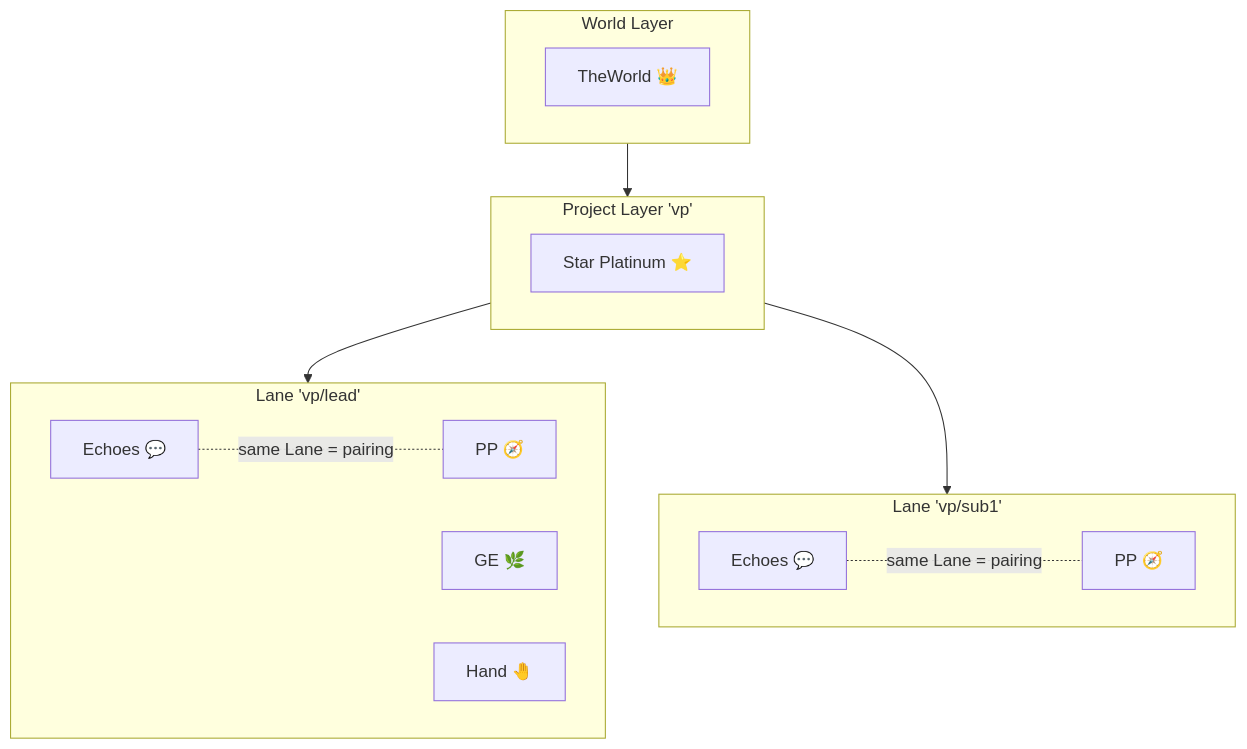
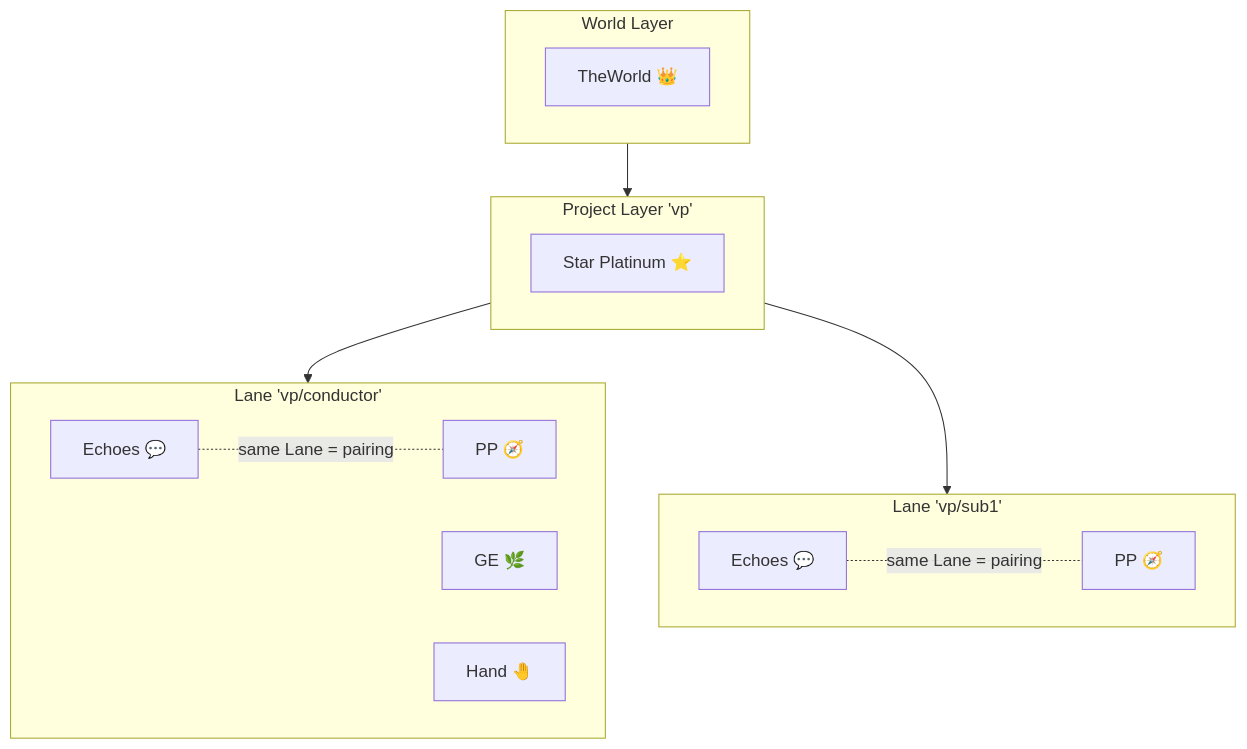
Before and after one commit to chronista-club/vantage-point: the first of 2 diagrams in docs/design/13-paisley-park-revival.md, drawn with Mermaid. The commit also changed other lines of this file and 20 other files, not shown here.

First line of the commit message:
docs(lane): conductor/performer rename を docs に sync + relational framing 明記

````diff
--- a/docs/design/13-paisley-park-revival.md
+++ b/docs/design/13-paisley-park-revival.md
@@ -116,24 +116,24 @@
 ```mermaid
 graph TB
     subgraph WL[World Layer]
         TW[TheWorld 👑]
     end
     subgraph PL[Project Layer 'vp']
         SP[Star Platinum ⭐]
     end
-    subgraph LL1[Lane 'vp/lead']
+    subgraph LL1[Lane 'vp/conductor']
         EC1[Echoes 💬]
         PP1[PP 🧭]
         GE1[GE 🌿]
         TH1[Hand 🤚]
     end
     subgraph LL2[Lane 'vp/sub1']
         EC2[Echoes 💬]
         PP2[PP 🧭]
     end
     WL --> PL
     PL --> LL1
     PL --> LL2
     EC1 -.same Lane = pairing.- PP1
     EC2 -.same Lane = pairing.- PP2
 ```
````
